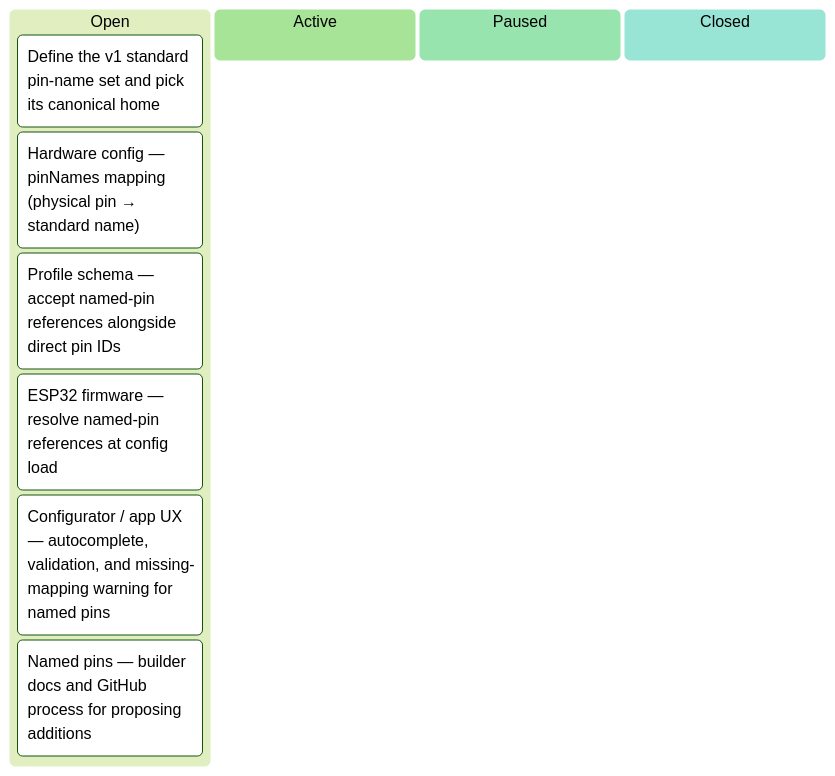
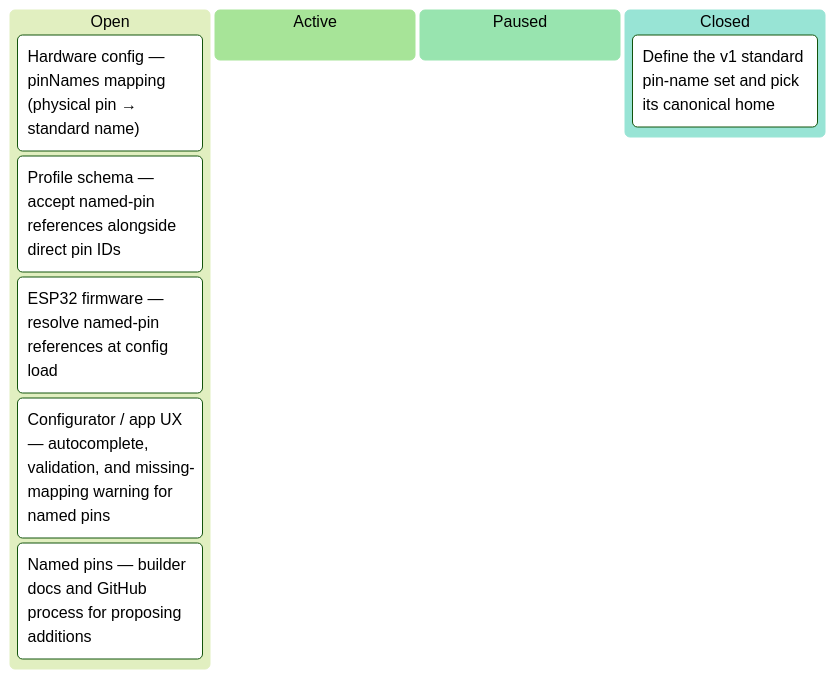
Before and after one commit to tgd1975/AwesomeGuitarPedal: the fourth of 9 diagrams in docs/developers/tasks/KANBAN.md, drawn with Mermaid (forest theme). The commit also changed other lines of this file and 5 other files, not shown here.

First line of the commit message:
close TASK-377: define v1 standard pin-name set in data/pin-names.schema.json (EPIC-029)

````diff
--- a/docs/developers/tasks/KANBAN.md
+++ b/docs/developers/tasks/KANBAN.md
@@ -52,13 +52,13 @@
 ```mermaid
 kanban
   Open
-    TASK_377["Define the v1 standard pin-name set and pick its canonical home"]
     TASK_378["Hardware config — pinNames mapping (physical pin → standard name)"]
     TASK_379["Profile schema — accept named-pin references alongside direct pin IDs"]
     TASK_380["ESP32 firmware — resolve named-pin references at config load"]
     TASK_381["Configurator / app UX — autocomplete, validation, and missing-mapping warning for named pins"]
     TASK_382["Named pins — builder docs and GitHub process for proposing additions"]
   Active
   Paused
   Closed
+    TASK_377["Define the v1 standard pin-name set and pick its canonical home"]
 ```
````
